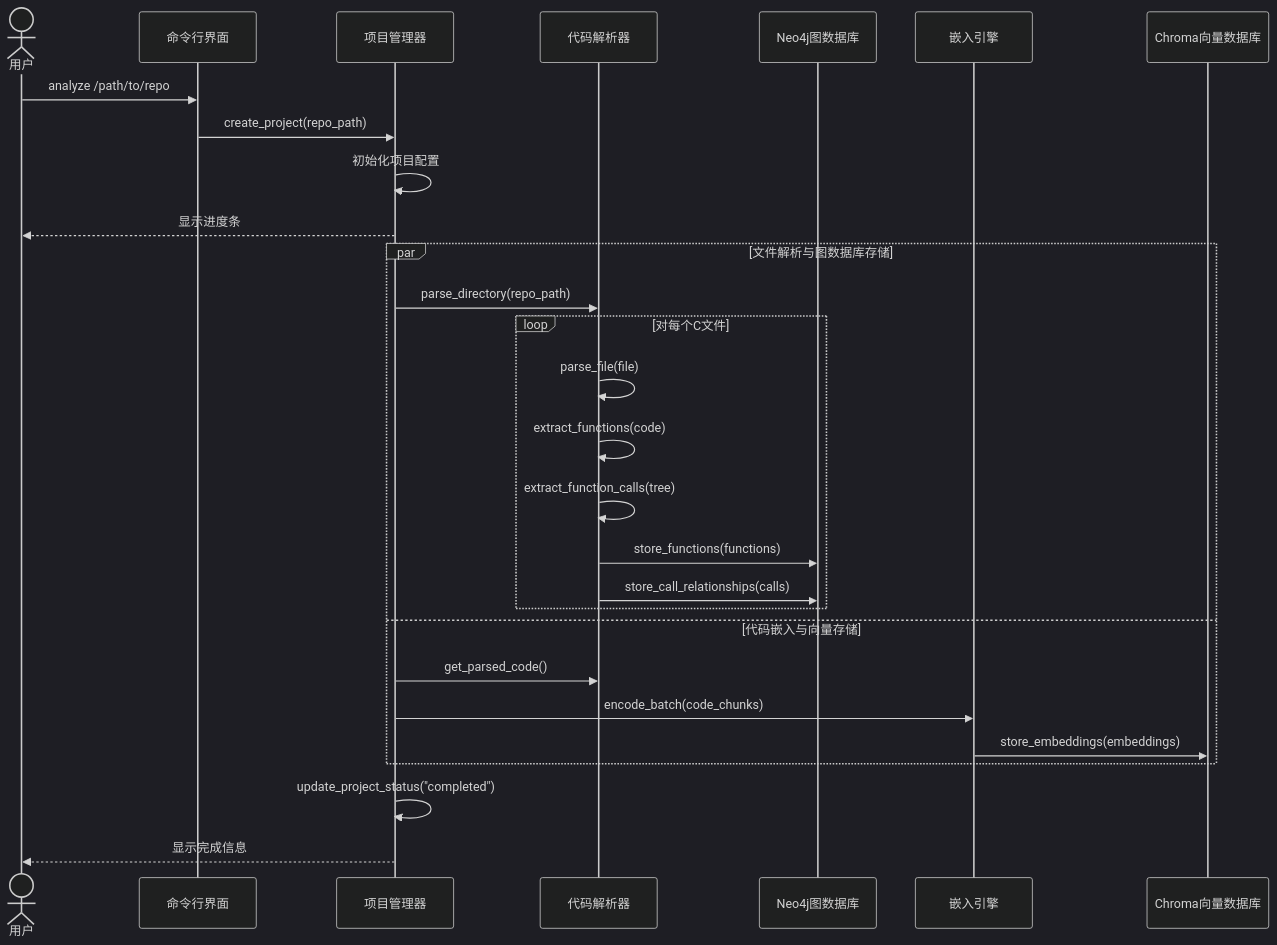
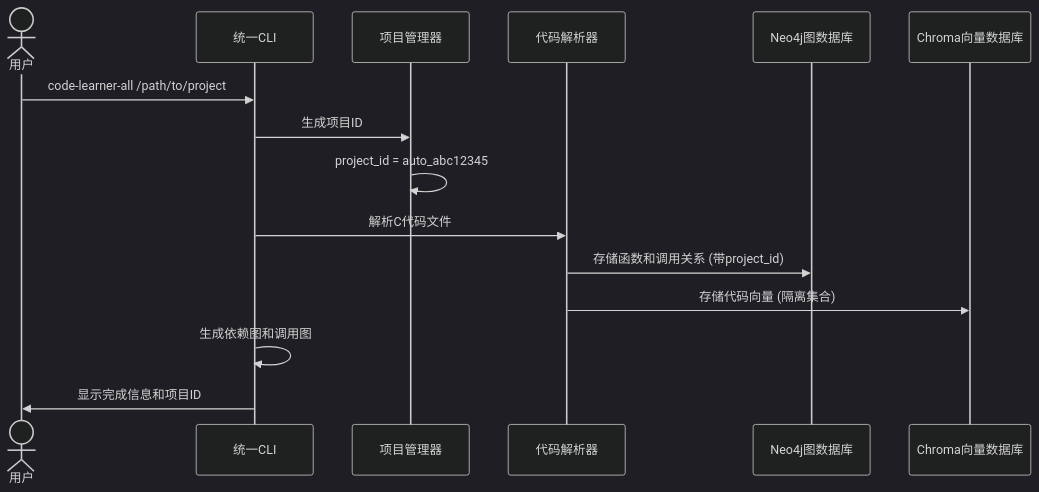
One commit to flyingcloud-code/repo-inspector changed the third of 4 diagrams in 001-dev-docs/01_architecture.md. Above: the diagram before and after it, drawn with Mermaid (dark theme). The commit also changed other lines of this file and 56 other files, not shown here.

Commit message:
feat:enable call graph, work as python script cli

````diff
--- a/001-dev-docs/01_architecture.md
+++ b/001-dev-docs/01_architecture.md
@@ -809,33 +521,20 @@
 ```mermaid
 sequenceDiagram
     actor User as 用户
-    participant CLI as 命令行界面
+    participant CLI as 统一CLI
     participant PM as 项目管理器
     participant Parser as 代码解析器
     participant GraphDB as Neo4j图数据库
-    participant EmbEngine as 嵌入引擎
     participant VectorDB as Chroma向量数据库
     
-    User->>CLI: analyze /path/to/repo
-    CLI->>PM: create_project(repo_path)
-    PM->>PM: 初始化项目配置
-    PM-->>User: 显示进度条
+    User->>CLI: code-learner-all /path/to/project
+    CLI->>PM: 生成项目ID
+    PM->>PM: project_id = auto_abc12345
     
-    par 文件解析与图数据库存储
-        PM->>Parser: parse_directory(repo_path)
-        loop 对每个C文件
-            Parser->>Parser: parse_file(file)
-            Parser->>Parser: extract_functions(code)
-            Parser->>Parser: extract_function_calls(tree)
-            Parser->>GraphDB: store_functions(functions)
-            Parser->>GraphDB: store_call_relationships(calls)
-        end
-    and 代码嵌入与向量存储
-        PM->>Parser: get_parsed_code()
-        PM->>EmbEngine: encode_batch(code_chunks)
-        EmbEngine->>VectorDB: store_embeddings(embeddings)
-    end
+    CLI->>Parser: 解析C代码文件
+    Parser->>GraphDB: 存储函数和调用关系 (带project_id)
+    Parser->>VectorDB: 存储代码向量 (隔离集合)
     
-    PM->>PM: update_project_status("completed")
-    PM-->>User: 显示完成信息
+    CLI->>CLI: 生成依赖图和调用图
+    CLI->>User: 显示完成信息和项目ID
 ```
````
